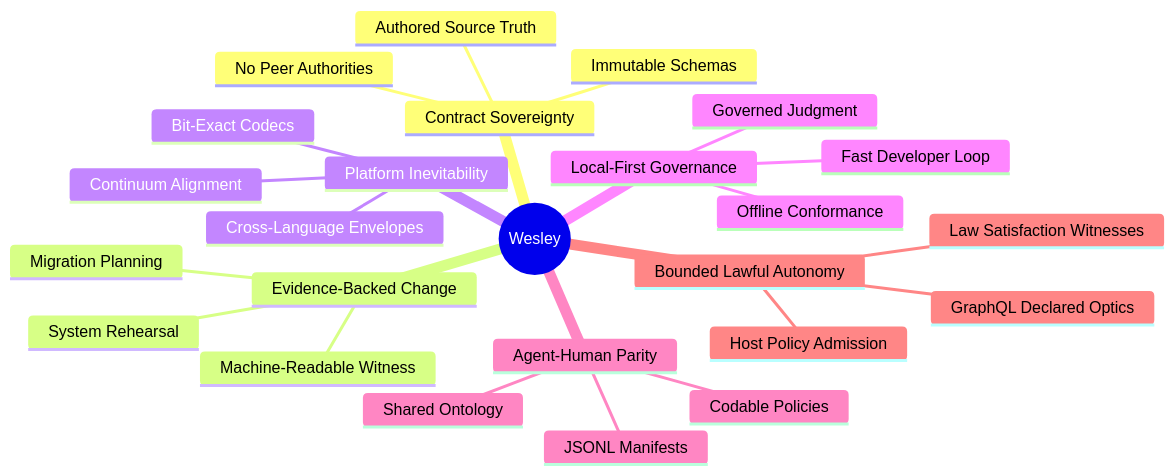
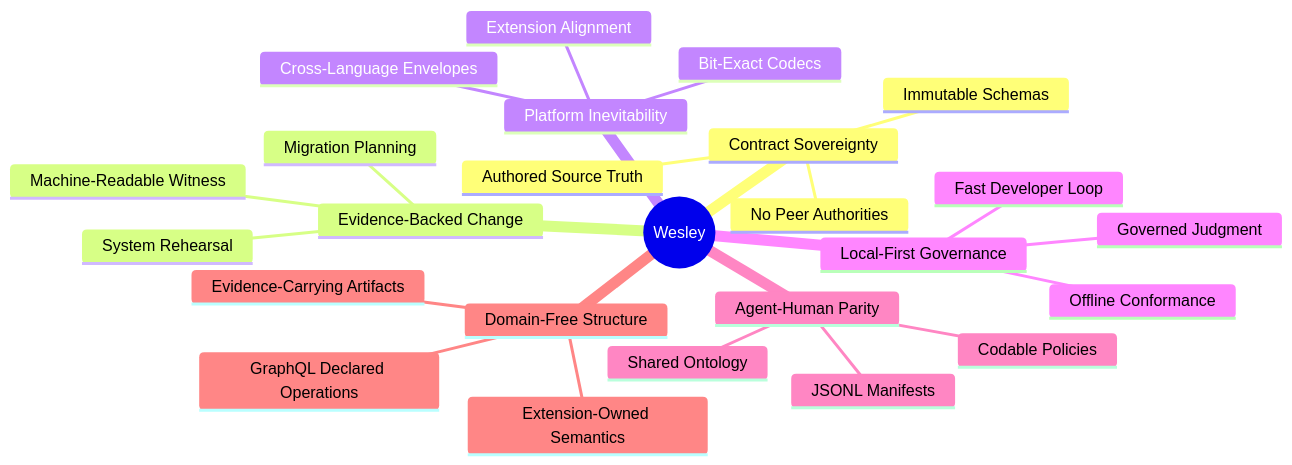
One commit to flyingrobots/wesley changed the diagram in docs/VISION.md. Above: the diagram before and after it, drawn with Mermaid. The commit also changed other lines of this file and 24 other files, not shown here.

````diff
--- a/docs/VISION.md
+++ b/docs/VISION.md
@@ -14,28 +12,28 @@
 ```mermaid
 mindmap
     root((Wesley))
         Contract Sovereignty
             Authored Source Truth
             No Peer Authorities
             Immutable Schemas
         Evidence-Backed Change
             Migration Planning
             System Rehearsal
             Machine-Readable Witness
         Platform Inevitability
             Bit-Exact Codecs
             Cross-Language Envelopes
-            Continuum Alignment
+            Extension Alignment
         Local-First Governance
             Fast Developer Loop
             Governed Judgment
             Offline Conformance
         Agent-Human Parity
             JSONL Manifests
             Shared Ontology
             Codable Policies
-        Bounded Lawful Autonomy
-            GraphQL Declared Optics
-            Host Policy Admission
-            Law Satisfaction Witnesses
+        Domain-Free Structure
+            GraphQL Declared Operations
+            Extension-Owned Semantics
+            Evidence-Carrying Artifacts
 ```
````
